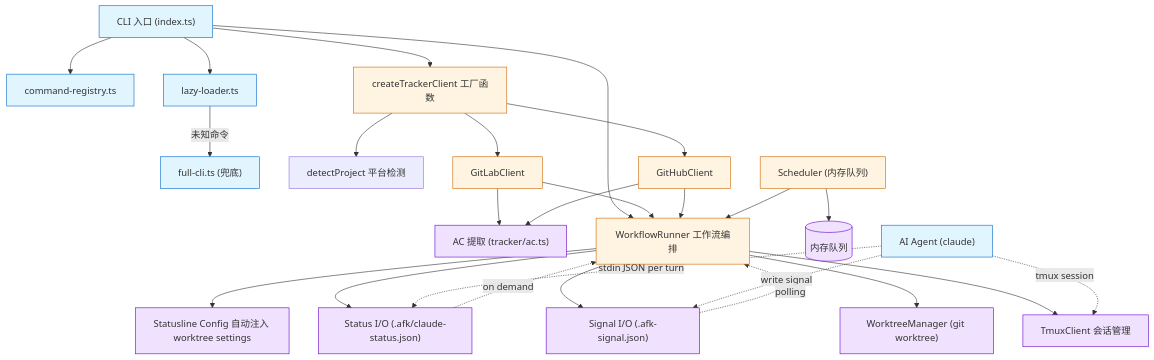
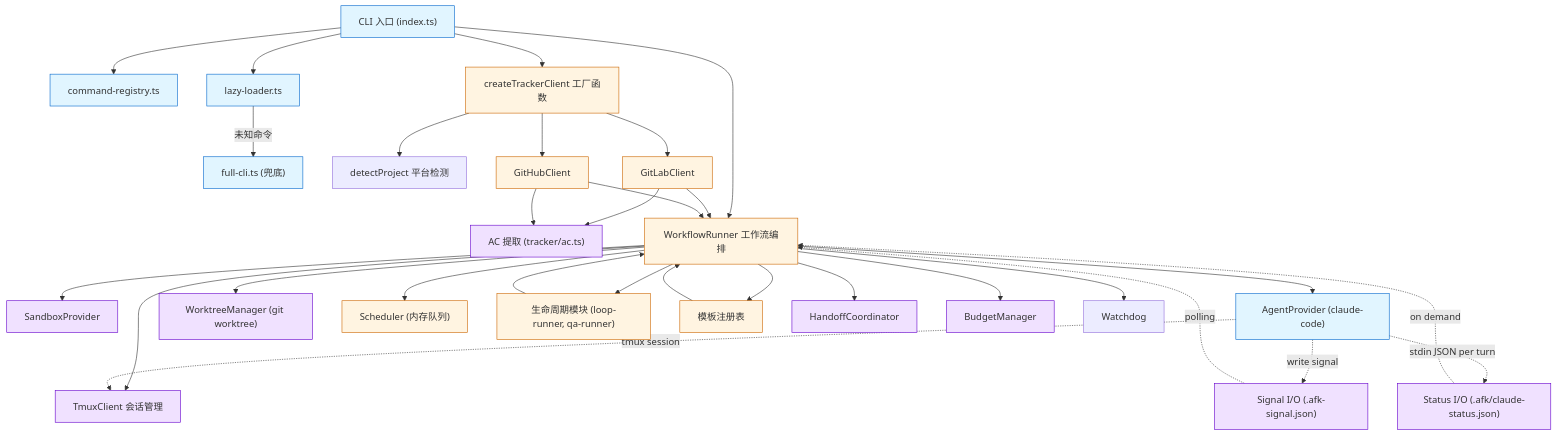
Before and after one commit to easyhaloo/afk: the first of 17 diagrams in docs/ARCHITECTURE_zh.md, drawn with Mermaid. The commit also changed other lines of this file and 1 other file, not shown here.

First line of the commit message:
docs: align ARCHITECTURE docs with actual implementation

````diff
--- a/docs/ARCHITECTURE_zh.md
+++ b/docs/ARCHITECTURE_zh.md
@@ -52,58 +81,67 @@
 ```mermaid
 graph TD
     CLI["CLI 入口 (index.ts)"]
     REG["command-registry.ts"]
     LZ["lazy-loader.ts"]
     FULL["full-cli.ts (兜底)"]
     Factory["createTrackerClient 工厂函数"]
     Detect["detectProject 平台检测"]
     GL["GitLabClient"]
     GH["GitHubClient"]
     AC["AC 提取 (tracker/ac.ts)"]
     Runner["WorkflowRunner 工作流编排"]
+    Sandbox["SandboxProvider"]
+    Agent["AgentProvider (claude-code)"]
     WT["WorktreeManager (git worktree)"]
     TMUX["TmuxClient 会话管理"]
     SIG["Signal I/O (.afk-signal.json)"]
     STATUS["Status I/O (.afk/claude-status.json)"]
-    SCONF["Statusline Config 自动注入 worktree settings"]
     Sched["Scheduler (内存队列)"]
-    Queue[("内存队列")]
-    Agent["AI Agent (claude)"]
+    Modules["生命周期模块 (loop-runner, qa-runner)"]
+    Templates["模板注册表"]
+    HC["HandoffCoordinator"]
+    Budget["BudgetManager"]
+    Watchdog["Watchdog"]
 
     CLI --> REG
     CLI --> LZ
     LZ -->|未知命令| FULL
     CLI --> Factory
     Factory --> Detect
     Factory --> GL
     Factory --> GH
 
     CLI --> Runner
     GL --> Runner
     GH --> Runner
     GL --> AC
     GH --> AC
 
     Runner --> WT
     Runner --> TMUX
-    Runner --> SIG
-    Runner --> STATUS
-    Runner --> SCONF
+    Runner --> Sandbox
+    Runner --> Agent
+    Runner --> Modules
+    Runner --> Templates
+    Runner --> HC
+    Runner --> Budget
+    Runner --> Watchdog
+    Runner --> Sched
 
-    Sched --> Runner
-    Sched --> Queue
+    Modules --> Runner
+    Templates --> Runner
 
     Agent -. tmux session .-> TMUX
     Agent -. write signal .-> SIG
     Agent -. stdin JSON per turn .-> STATUS
     SIG -. polling .-> Runner
     STATUS -. on demand .-> Runner
 
     classDef cli fill:#e1f5ff,stroke:#0066cc
     classDef core fill:#fff4e1,stroke:#cc6600
     classDef io fill:#f0e1ff,stroke:#6600cc
 
     class CLI,REG,LZ,FULL,Agent cli
-    class Runner,Factory,GL,GH,Sched core
-    class WT,TMUX,SIG,STATUS,SCONF,Queue,AC io
+    class Runner,Factory,GL,GH,Sched,Modules,Templates,Watcher core
+    class WT,TMUX,SIG,STATUS,Sandbox,AC,HC,Budget io
 ```
````
